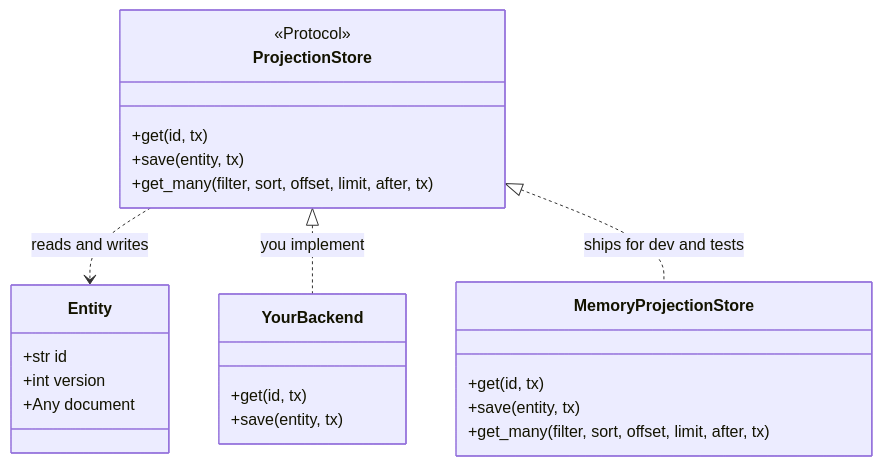
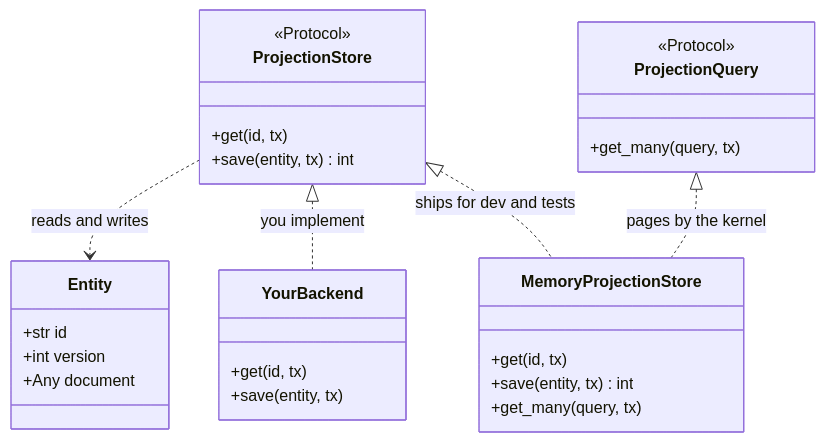
One commit to haskian/edax changed the third of 4 diagrams in docs/sdk/projections.md. Above: the diagram before and after it, drawn with Mermaid. The commit also changed other lines of this file and 288 other files, not shown here.

````diff
--- a/docs/sdk/projections.md
+++ b/docs/sdk/projections.md
@@ -54,26 +58,30 @@
 ```mermaid
 classDiagram
     class ProjectionStore {
         <<Protocol>>
         +get(id, tx)
-        +save(entity, tx)
-        +get_many(filter, sort, offset, limit, after, tx)
+        +save(entity, tx) int
+    }
+    class ProjectionQuery {
+        <<Protocol>>
+        +get_many(query, tx)
     }
     class Entity {
         +str id
         +int version
         +Any document
     }
     class YourBackend {
         +get(id, tx)
         +save(entity, tx)
     }
     class MemoryProjectionStore {
         +get(id, tx)
-        +save(entity, tx)
-        +get_many(filter, sort, offset, limit, after, tx)
+        +save(entity, tx) int
+        +get_many(query, tx)
     }
     ProjectionStore ..> Entity : reads and writes
     ProjectionStore <|.. YourBackend : you implement
     ProjectionStore <|.. MemoryProjectionStore : ships for dev and tests
+    ProjectionQuery <|.. MemoryProjectionStore : pages by the kernel
 ```
````
